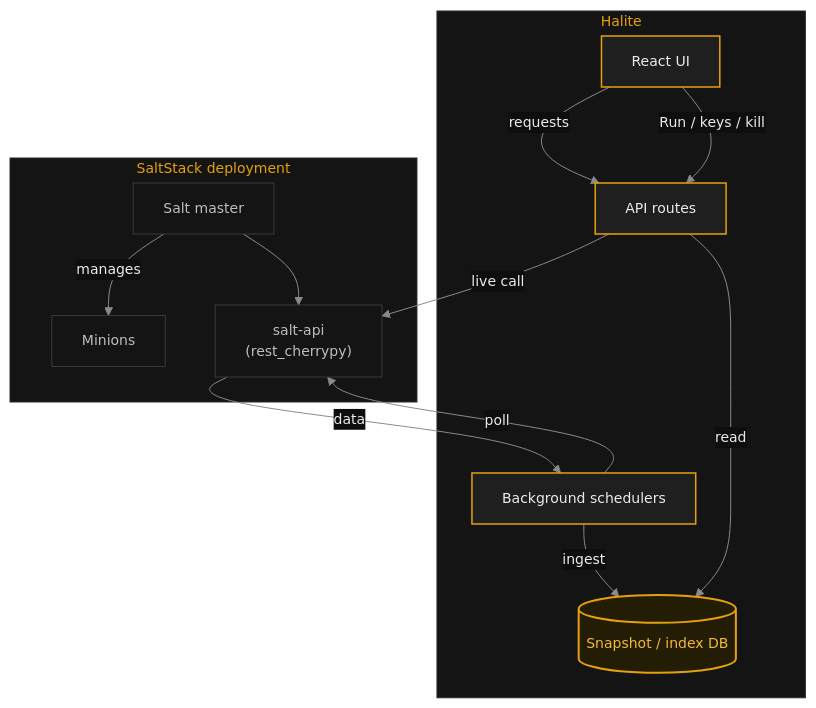
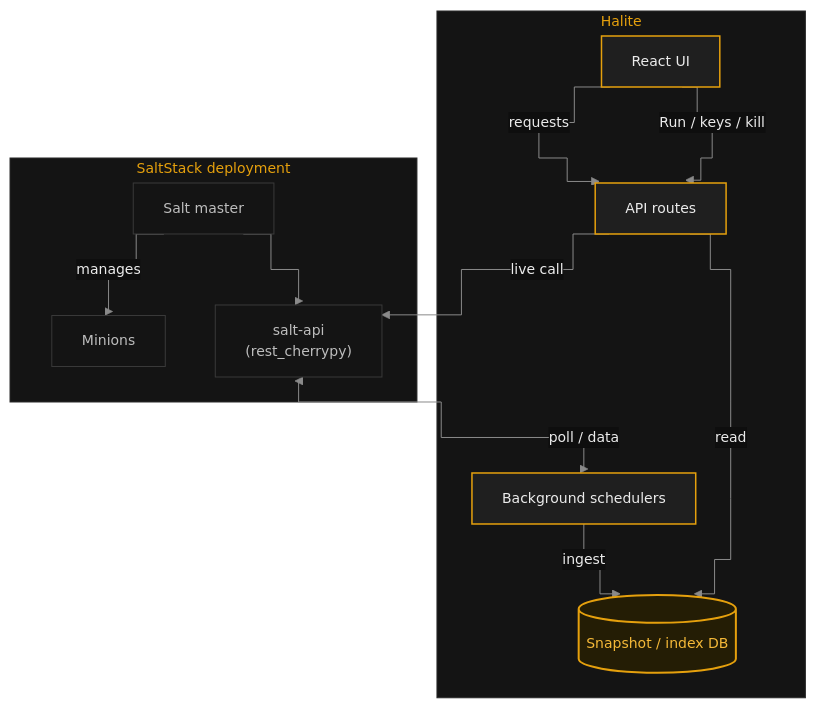
Before and after one commit to calebcall/halite: the diagram in docs/concepts/how-it-works.mdx, drawn with Mermaid.

Commit message:
docs: cleaner diagram edges — right-angle routing, merge poll/data edge
Use Mermaid curve:step for orthogonal connectors and consolidate the
schedulers<->salt-api poll/data pair into a single bidirectional edge,
removing the main loop.

````diff
--- a/docs/concepts/how-it-works.mdx
+++ b/docs/concepts/how-it-works.mdx
@@ -10,27 +10,26 @@
 ```mermaid
-%%{init: {'theme':'base','themeVariables':{'fontFamily':'Inter, ui-sans-serif, system-ui, -apple-system, sans-serif','fontSize':'14px','primaryColor':'#1f1f1f','primaryTextColor':'#ebebeb','primaryBorderColor':'#e5a00d','lineColor':'#8a8a8a','clusterBkg':'#141414','clusterBorder':'#2a2a2a','titleColor':'#e5a00d','edgeLabelBackground':'#0e0e0e'}}}%%
+%%{init: {'theme':'base','flowchart':{'curve':'step'},'themeVariables':{'fontFamily':'Inter, ui-sans-serif, system-ui, -apple-system, sans-serif','fontSize':'14px','primaryColor':'#1f1f1f','primaryTextColor':'#ebebeb','primaryBorderColor':'#e5a00d','lineColor':'#8a8a8a','clusterBkg':'#141414','clusterBorder':'#2a2a2a','titleColor':'#e5a00d','edgeLabelBackground':'#0e0e0e'}}}%%
 flowchart TD
     subgraph Salt["SaltStack deployment"]
         M[Salt master] -->|manages| Minions[Minions]
         M --> SAPI["salt-api<br/>(rest_cherrypy)"]
     end
 
     subgraph Halite["Halite"]
-        SCH[Background schedulers] -->|poll| SAPI
-        SCH -->|ingest| DB[(Snapshot / index DB)]
+        SCH[Background schedulers] -->|ingest| DB[(Snapshot / index DB)]
         API[API routes] -->|read| DB
         UI[React UI] -->|requests| API
     end
 
-    SAPI -->|data| SCH
+    SAPI <-->|poll / data| SCH
     UI -->|Run / keys / kill| API
     API -->|live call| SAPI
 
     classDef external fill:#141414,stroke:#3a3a3a,stroke-width:1px,color:#bdbdbd;
     classDef halite fill:#1f1f1f,stroke:#e5a00d,stroke-width:1.5px,color:#ebebeb;
     classDef store fill:#241d05,stroke:#e5a00d,stroke-width:2px,color:#f5b938;
 
     class M,Minions,SAPI external;
     class SCH,API,UI halite;
     class DB store;
 ```
````
